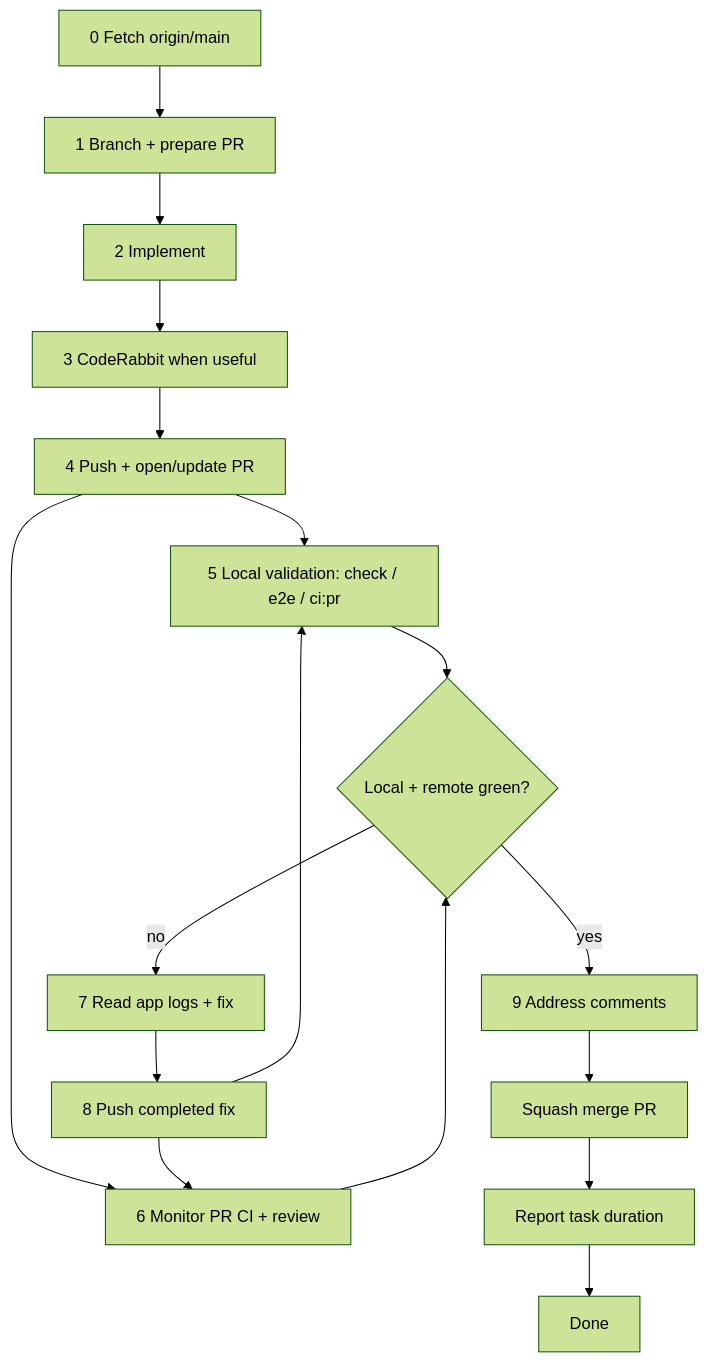
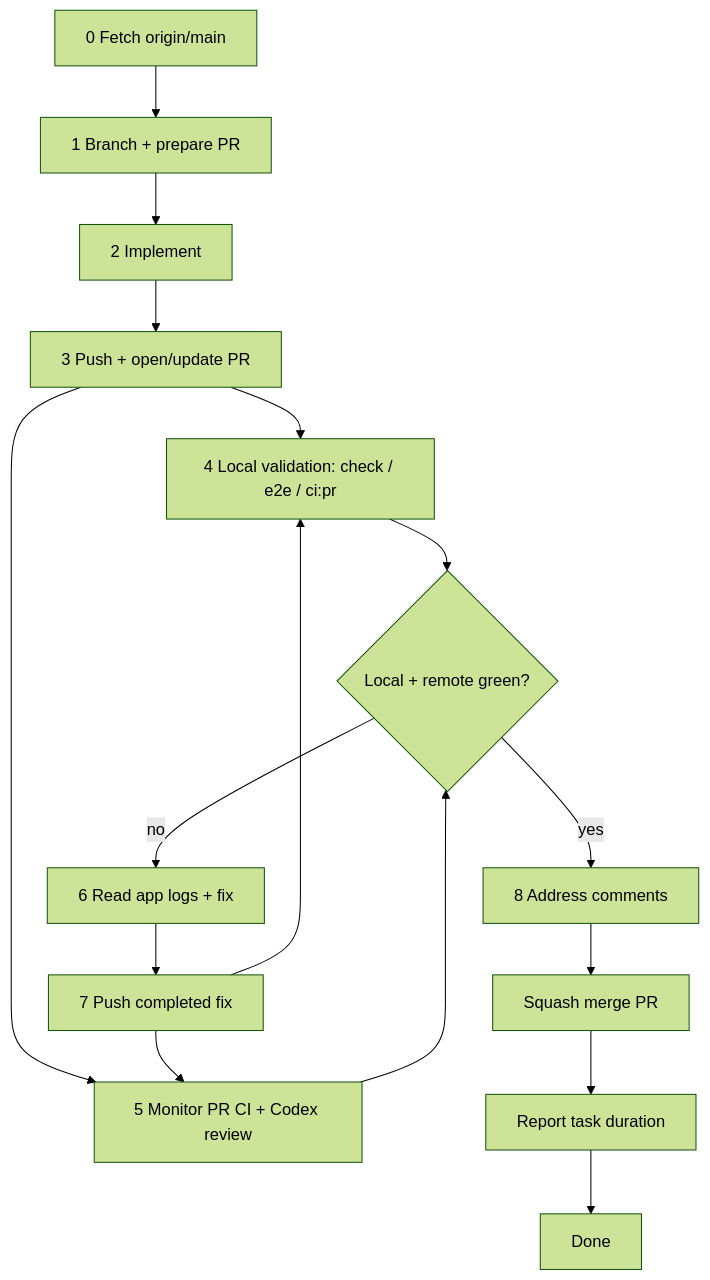
Before and after one commit to meta-secret/nook: the diagram in .cortex/workflows/pull-requests.md, drawn with Mermaid (forest theme). The commit also changed other lines of this file and 9 other files, not shown here.

Commit message:
docs: switch code review from CodeRabbit to Codex

````diff
--- a/.cortex/workflows/pull-requests.md
+++ b/.cortex/workflows/pull-requests.md
@@ -48,19 +48,18 @@
 ```mermaid
 flowchart TD
   Z[0 Fetch origin/main] --> A[1 Branch + prepare PR]
   A --> I[2 Implement]
-  I --> CR[3 CodeRabbit when useful]
-  CR --> E[4 Push + open/update PR]
-  E --> B[5 Local validation: check / e2e / ci:pr]
-  E --> F[6 Monitor PR CI + review]
+  I --> E[3 Push + open/update PR]
+  E --> B[4 Local validation: check / e2e / ci:pr]
+  E --> F[5 Monitor PR CI + Codex review]
   B --> G{Local + remote green?}
   F --> G
-  G -->|no| H[7 Read app logs + fix]
-  H --> PUSH[8 Push completed fix]
+  G -->|no| H[6 Read app logs + fix]
+  H --> PUSH[7 Push completed fix]
   PUSH --> B
   PUSH --> F
-  G -->|yes| C[9 Address comments]
+  G -->|yes| C[8 Address comments]
   C --> M[Squash merge PR]
   M --> J[Report task duration]
   J --> K[Done]
 ```
````
